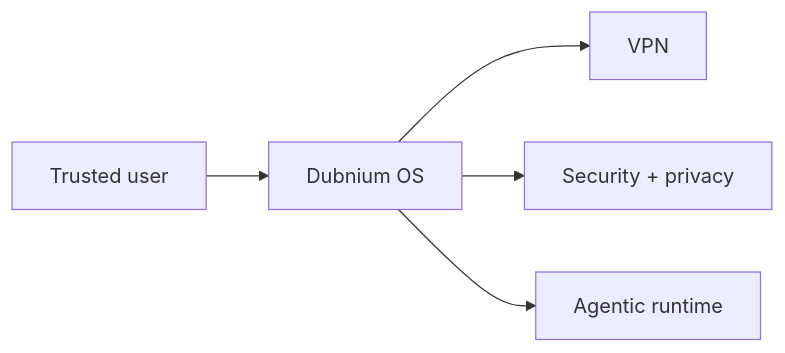
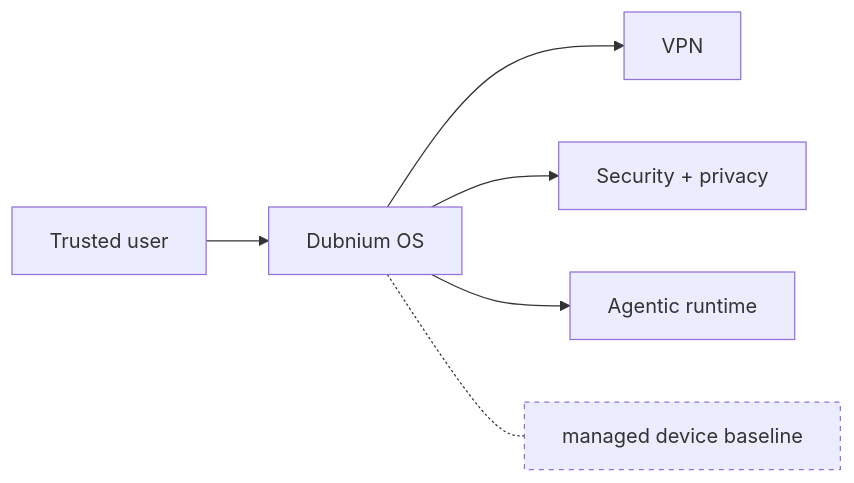
The seventh of 9 diagrams in profile/README.md (hackelia-micrantha/.github), drawn with Mermaid before and after one commit. The commit also changed other lines of this file, not shown here.

Commit message:
docs: add terse Mermaid note labels

````diff
--- a/profile/README.md
+++ b/profile/README.md
@@ -195,7 +217,10 @@
 ```mermaid
 flowchart LR
   U["Trusted user"] --> D["Dubnium OS"]
   D --> V["VPN"]
   D --> S["Security + privacy"]
   D --> A["Agentic runtime"]
+
+  D -.- DN["managed device baseline"]:::note
+  classDef note stroke-dasharray: 4 4;
 ```
````
